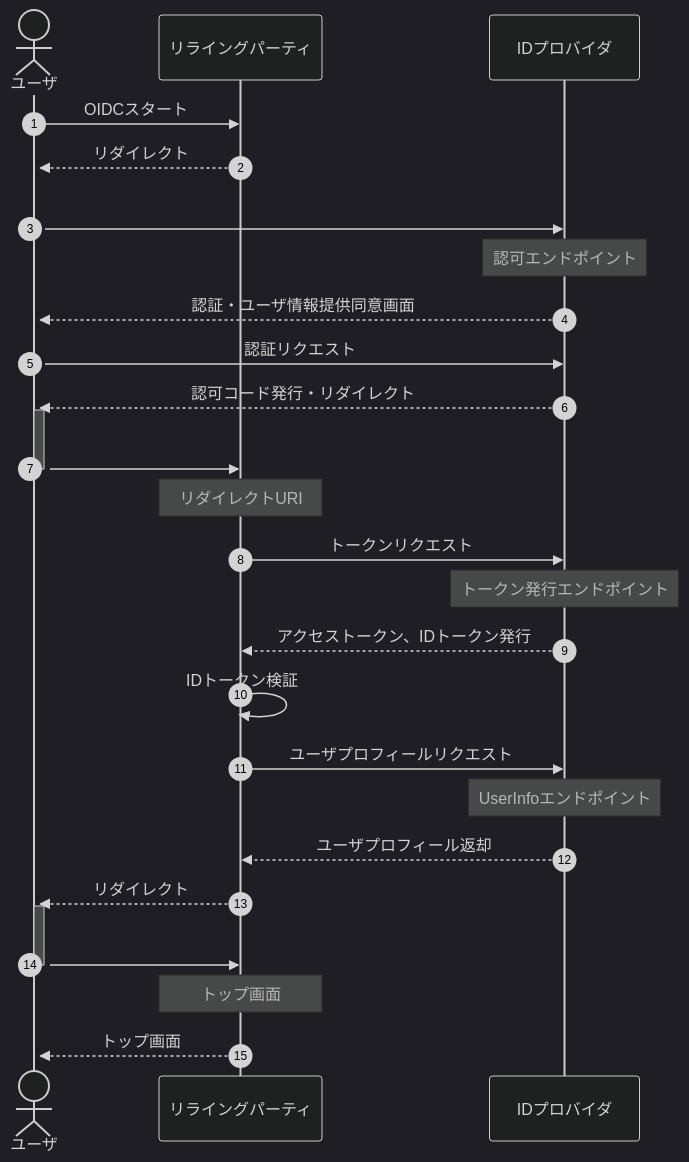
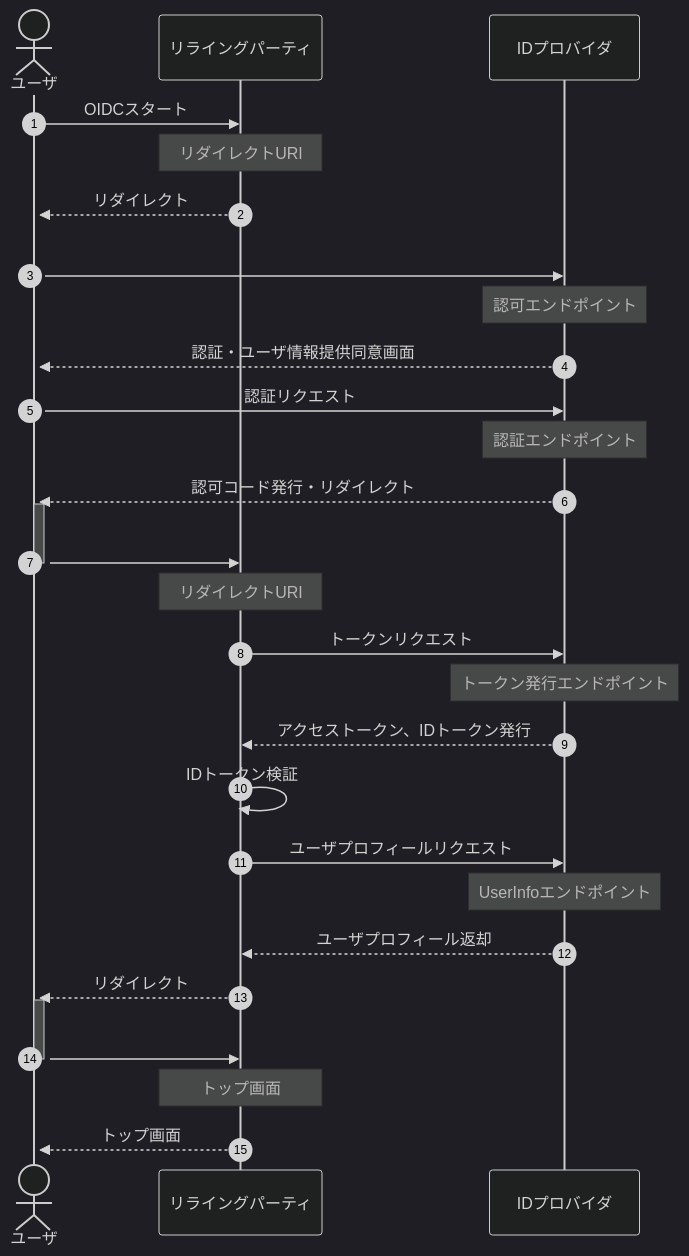
Before and after one commit to nob-islan/nob-openid-connect: the diagram in docs/business-sequence.md, drawn with Mermaid.

Commit message:
シーケンス図追記

````diff
--- a/docs/business-sequence.md
+++ b/docs/business-sequence.md
@@ -9,29 +9,31 @@
 ```mermaid
 %%{init:{'theme':'dark'}}%%
 sequenceDiagram
 autonumber
     actor user as ユーザ
     participant relying_party as リライングパーティ
     participant id_provider as IDプロバイダ
 
     user->>relying_party: OIDCスタート
+    Note over relying_party: リダイレクトURI
     relying_party-->>+user: リダイレクト
     user->>id_provider: <br>
     Note over id_provider: 認可エンドポイント
     id_provider-->>user: 認証・ユーザ情報提供同意画面
     user->>id_provider: 認証リクエスト
+    Note over id_provider: 認証エンドポイント
     id_provider-->>+user: 認可コード発行・リダイレクト
     user->>-relying_party: <br>
     Note over relying_party: リダイレクトURI
     relying_party->>id_provider: トークンリクエスト
     Note over id_provider: トークン発行エンドポイント
     id_provider-->>relying_party: アクセストークン、IDトークン発行
     relying_party->>relying_party: IDトークン検証
     relying_party->>id_provider: ユーザプロフィールリクエスト
     Note over id_provider: UserInfoエンドポイント
     id_provider-->>relying_party: ユーザプロフィール返却
     relying_party-->>+user: リダイレクト
     user->>-relying_party: <br>
     Note over relying_party: トップ画面
     relying_party-->>+user: トップ画面
 ```
````
